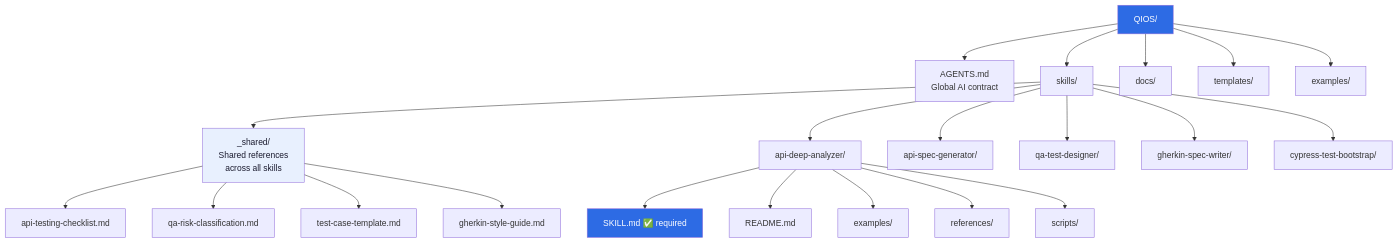
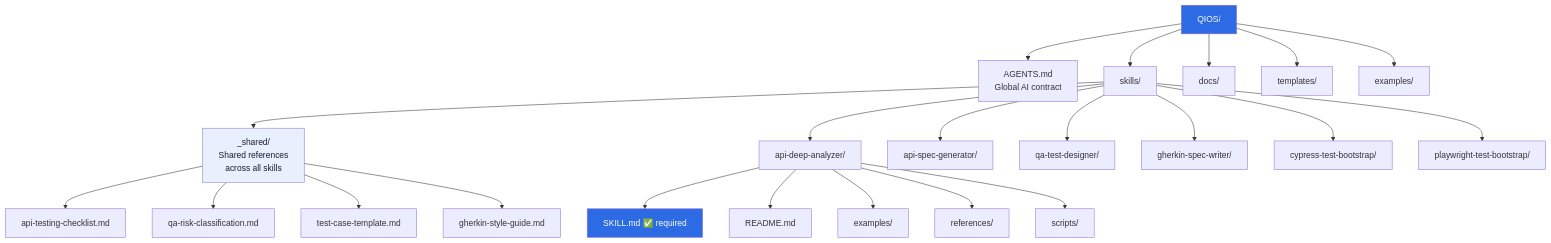
The third of 6 diagrams in docs/architecture.md (mahmoumaima/QIOS), drawn with Mermaid before and after one commit. The commit also changed other lines of this file and 16 other files, not shown here.

Commit message:
feat(skills): add Playwright test bootstrap

````diff
--- a/docs/architecture.md
+++ b/docs/architecture.md
@@ -88,30 +92,31 @@
 ```mermaid
 graph TD
     ROOT["QIOS/"] --> AGENTS["AGENTS.md\nGlobal AI contract"]
     ROOT --> SKILLS["skills/"]
     ROOT --> DOCS["docs/"]
     ROOT --> TEMPLATES["templates/"]
     ROOT --> EXAMPLES["examples/"]
 
     SKILLS --> SHARED["_shared/\nShared references\nacross all skills"]
     SKILLS --> S1["api-deep-analyzer/"]
     SKILLS --> S2["api-spec-generator/"]
     SKILLS --> S3["qa-test-designer/"]
     SKILLS --> S4["gherkin-spec-writer/"]
     SKILLS --> S5["cypress-test-bootstrap/"]
+    SKILLS --> S6["playwright-test-bootstrap/"]
 
     S1 --> SM["SKILL.md ✅ required"]
     S1 --> SRM["README.md"]
     S1 --> SEX["examples/"]
     S1 --> SREF["references/"]
     S1 --> SSCR["scripts/"]
 
     SHARED --> SH1["api-testing-checklist.md"]
     SHARED --> SH2["qa-risk-classification.md"]
     SHARED --> SH3["test-case-template.md"]
     SHARED --> SH4["gherkin-style-guide.md"]
 
     style ROOT fill:#2D6BE4,color:#fff
     style SHARED fill:#E8F0FE,color:#1A1A2E
     style SM fill:#2D6BE4,color:#fff
 ```
````
